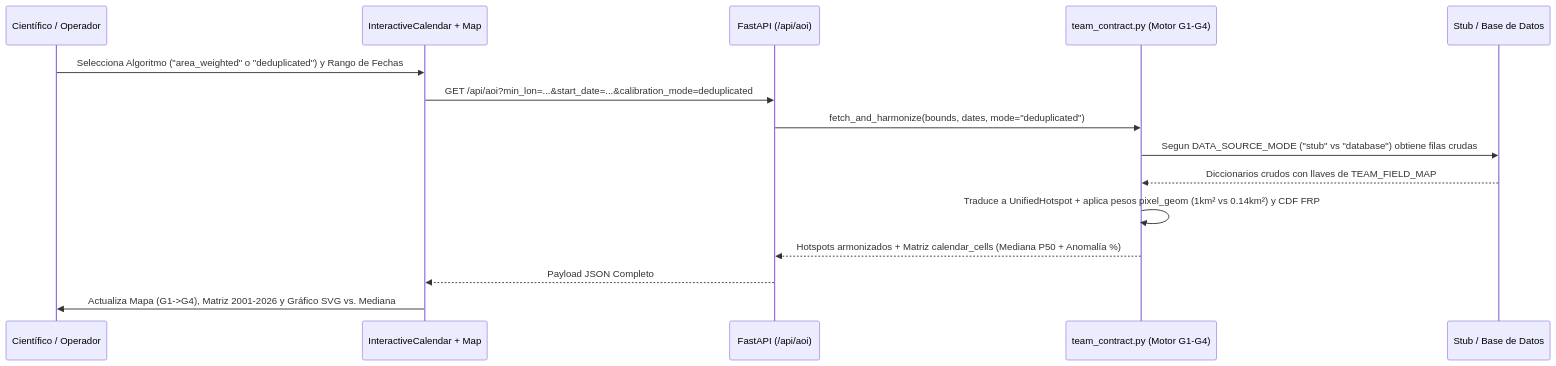
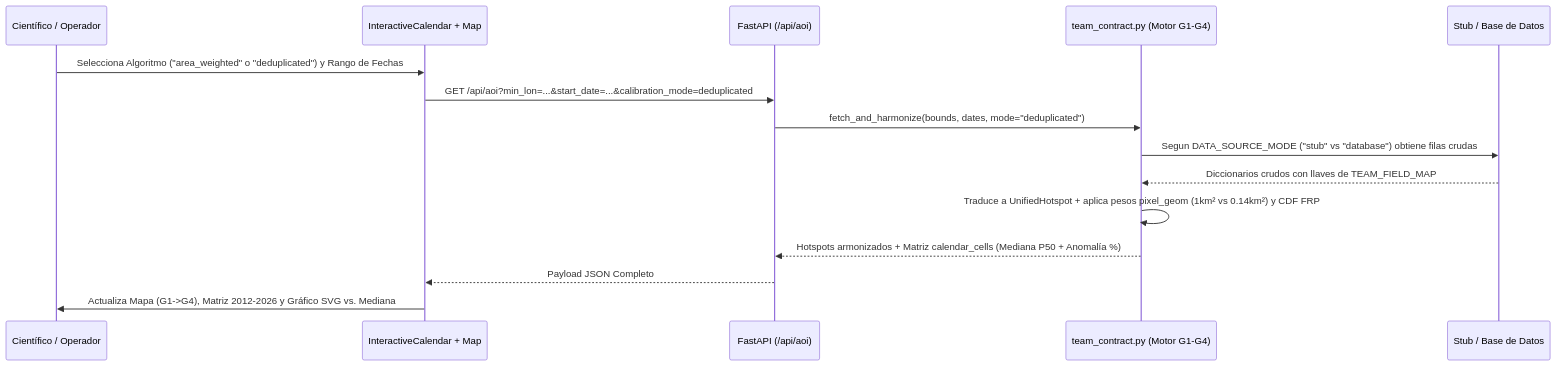
One commit to juani981/Space-App-Challenge changed the second of 2 diagrams in docs/overnight/RUTA_1_ARMONIZACION_CIENTIFICA.md. Above: the diagram before and after it, drawn with Mermaid. The commit also changed other lines of this file and 8 other files, not shown here.

````diff
--- a/docs/overnight/RUTA_1_ARMONIZACION_CIENTIFICA.md
+++ b/docs/overnight/RUTA_1_ARMONIZACION_CIENTIFICA.md
@@ -87,18 +87,18 @@
 ```mermaid
 sequenceDiagram
     participant U as Científico / Operador
     participant UI as InteractiveCalendar + Map
     participant API as FastAPI (/api/aoi)
     participant TC as team_contract.py (Motor G1-G4)
     participant ST as Stub / Base de Datos
 
     U->>UI: Selecciona Algoritmo ("area_weighted" o "deduplicated") y Rango de Fechas
     UI->>API: GET /api/aoi?min_lon=...&start_date=...&calibration_mode=deduplicated
     API->>TC: fetch_and_harmonize(bounds, dates, mode="deduplicated")
     TC->>ST: Segun DATA_SOURCE_MODE ("stub" vs "database") obtiene filas crudas
     ST-->>TC: Diccionarios crudos con llaves de TEAM_FIELD_MAP
     TC->>TC: Traduce a UnifiedHotspot + aplica pesos pixel_geom (1km² vs 0.14km²) y CDF FRP
     TC-->>API: Hotspots armonizados + Matriz calendar_cells (Mediana P50 + Anomalía %)
     API-->>UI: Payload JSON Completo
-    UI->>U: Actualiza Mapa (G1->G4), Matriz 2001-2026 y Gráfico SVG vs. Mediana
+    UI->>U: Actualiza Mapa (G1->G4), Matriz 2012-2026 y Gráfico SVG vs. Mediana
 ```
````
